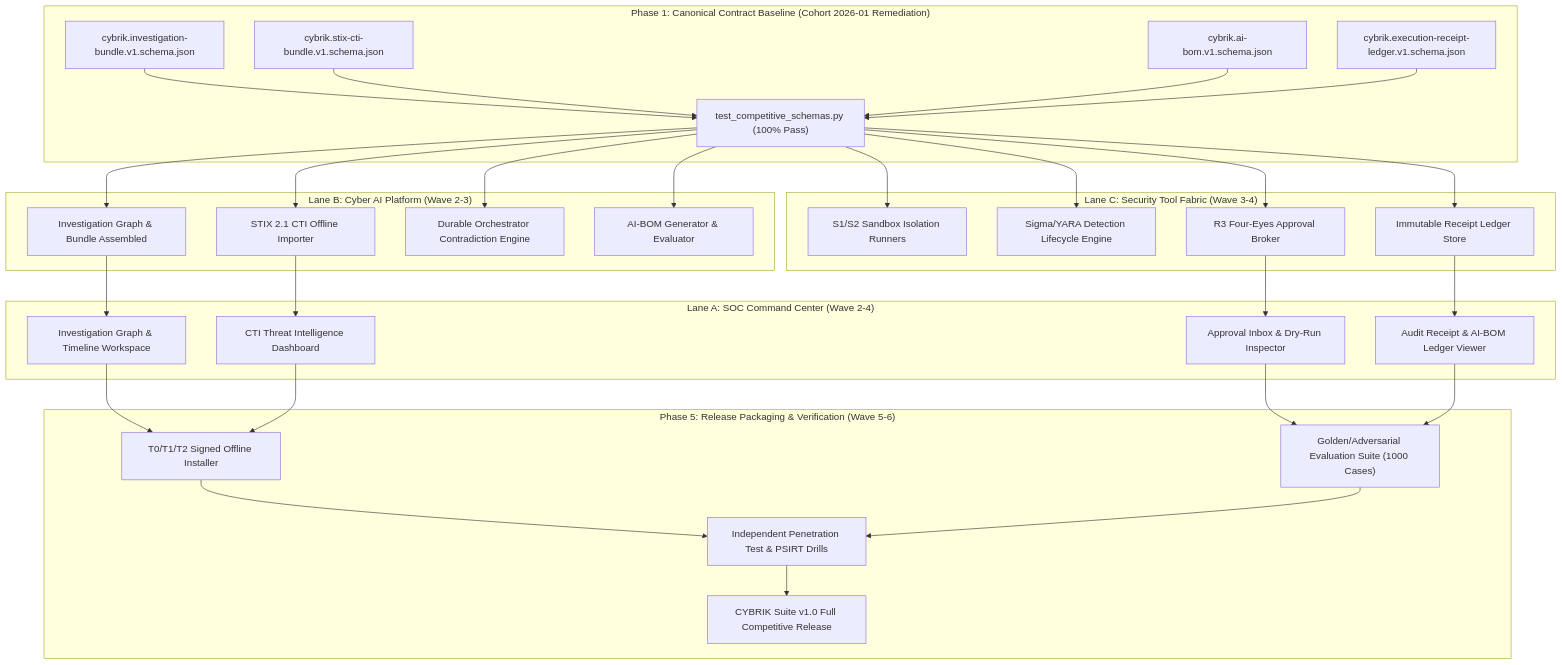
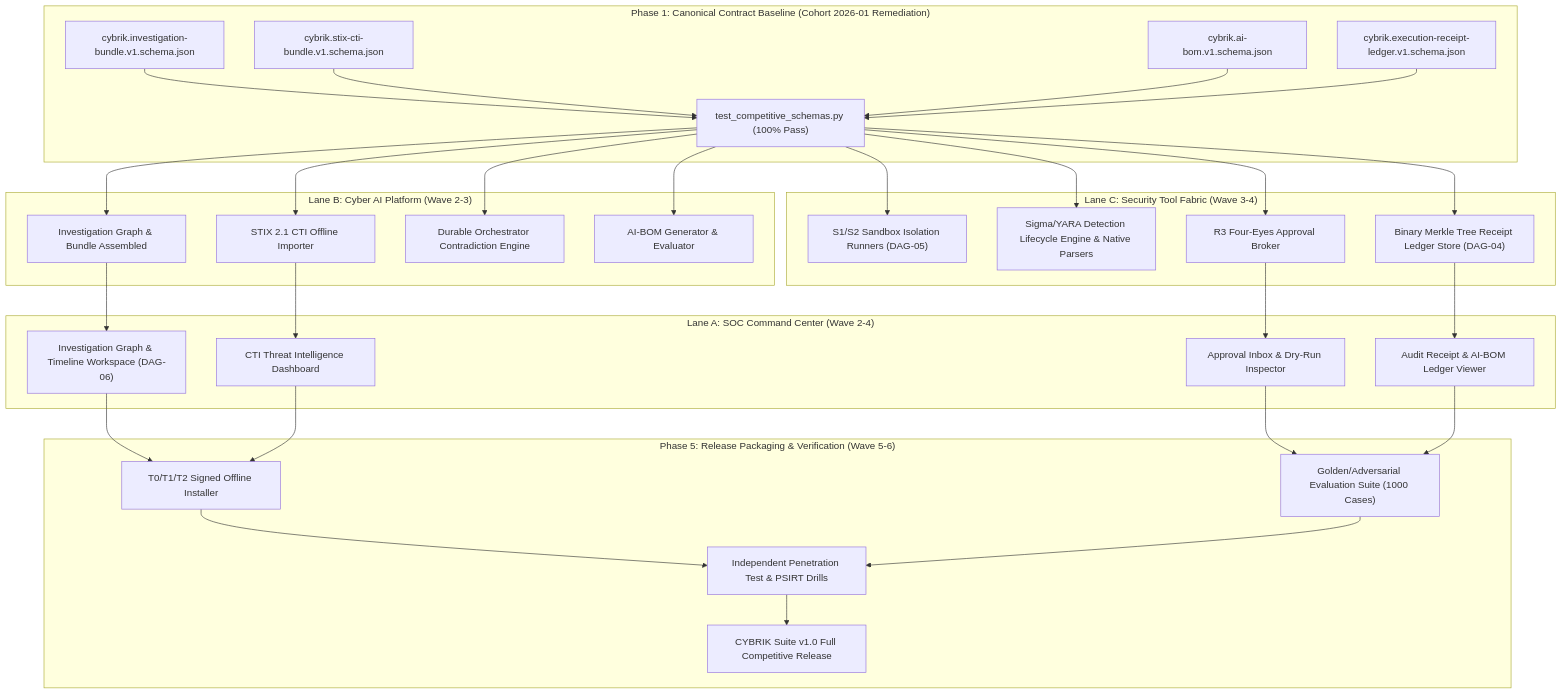
The diagram in docs/strategy/2026-CAPABILITY-RECONCILIATION-MATRIX.md (hoangclinh/cybrik-suite), drawn with Mermaid before and after one commit. The commit also changed other lines of this file, not shown here.

````diff
--- a/docs/strategy/2026-CAPABILITY-RECONCILIATION-MATRIX.md
+++ b/docs/strategy/2026-CAPABILITY-RECONCILIATION-MATRIX.md
@@ -149,61 +174,61 @@
 ```mermaid
 flowchart TD
     subgraph Core_Contracts ["Phase 1: Canonical Contract Baseline (Cohort 2026-01 Remediation)"]
         C1["cybrik.investigation-bundle.v1.schema.json"]
         C2["cybrik.stix-cti-bundle.v1.schema.json"]
         C3["cybrik.ai-bom.v1.schema.json"]
         C4["cybrik.execution-receipt-ledger.v1.schema.json"]
         C_VAL["test_competitive_schemas.py (100% Pass)"]
         C1 --> C_VAL
         C2 --> C_VAL
         C3 --> C_VAL
         C4 --> C_VAL
     end
 
     subgraph Lane_B ["Lane B: Cyber AI Platform (Wave 2-3)"]
         B1["Investigation Graph & Bundle Assembled"]
         B2["STIX 2.1 CTI Offline Importer"]
         B3["Durable Orchestrator Contradiction Engine"]
         B4["AI-BOM Generator & Evaluator"]
         C_VAL --> B1
         C_VAL --> B2
         C_VAL --> B3
         C_VAL --> B4
     end
 
     subgraph Lane_C ["Lane C: Security Tool Fabric (Wave 3-4)"]
-        F1["S1/S2 Sandbox Isolation Runners"]
-        F2["Sigma/YARA Detection Lifecycle Engine"]
+        F1["S1/S2 Sandbox Isolation Runners (DAG-05)"]
+        F2["Sigma/YARA Detection Lifecycle Engine & Native Parsers"]
         F3["R3 Four-Eyes Approval Broker"]
-        F4["Immutable Receipt Ledger Store"]
+        F4["Binary Merkle Tree Receipt Ledger Store (DAG-04)"]
         C_VAL --> F1
         C_VAL --> F2
         C_VAL --> F3
         C_VAL --> F4
     end
 
     subgraph Lane_A ["Lane A: SOC Command Center (Wave 2-4)"]
-        A1["Investigation Graph & Timeline Workspace"]
+        A1["Investigation Graph & Timeline Workspace (DAG-06)"]
         A2["CTI Threat Intelligence Dashboard"]
         A3["Approval Inbox & Dry-Run Inspector"]
         A4["Audit Receipt & AI-BOM Ledger Viewer"]
         B1 --> A1
         B2 --> A2
         F3 --> A3
         F4 --> A4
     end
 
     subgraph Release_Assurance ["Phase 5: Release Packaging & Verification (Wave 5-6)"]
         R1["T0/T1/T2 Signed Offline Installer"]
         R2["Golden/Adversarial Evaluation Suite (1000 Cases)"]
         R3["Independent Penetration Test & PSIRT Drills"]
         R4["CYBRIK Suite v1.0 Full Competitive Release"]
         A1 --> R1
         A2 --> R1
         A3 --> R2
         A4 --> R2
         R1 --> R3
         R2 --> R3
         R3 --> R4
     end
 ```
````
